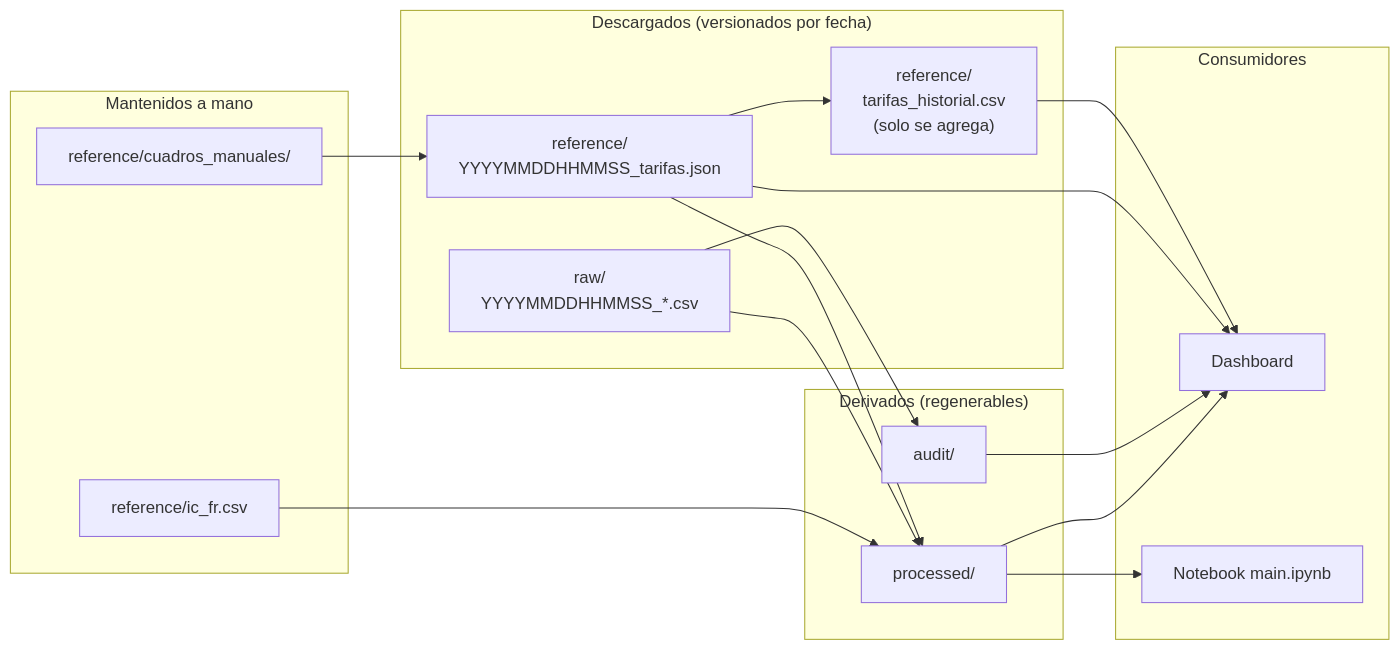
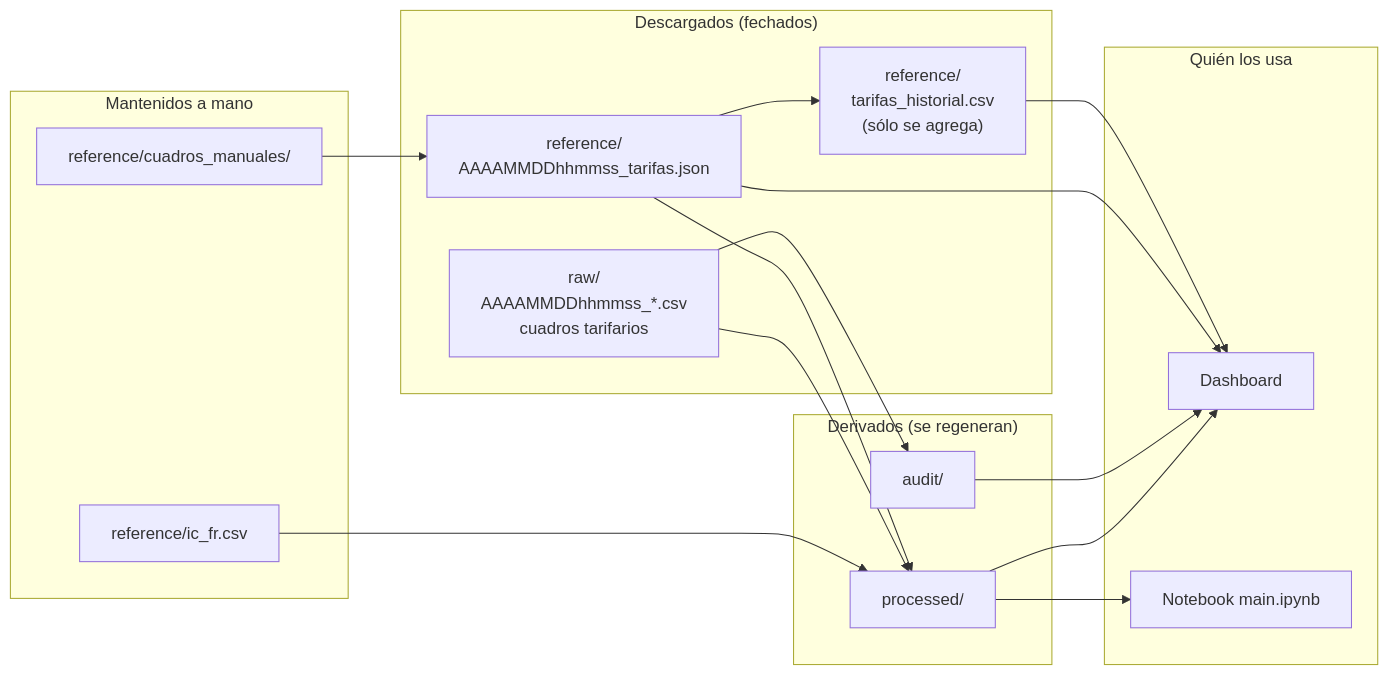
Before and after one commit to marcoeferro/SYNGAS-OPTIMIA-HV: the diagram in docs/04_arquitectura/ciclo_de_vida_de_los_datos.md, drawn with Mermaid. The commit also changed other lines of this file and 4 other files, not shown here.

````diff
--- a/docs/04_arquitectura/ciclo_de_vida_de_los_datos.md
+++ b/docs/04_arquitectura/ciclo_de_vida_de_los_datos.md
@@ -3,32 +6,32 @@
 ```mermaid
 graph LR
-    subgraph Fuente["Descargados (versionados por fecha)"]
-        R["raw/<br/>YYYYMMDDHHMMSS_*.csv"]
-        T["reference/<br/>YYYYMMDDHHMMSS_tarifas.json"]
-        H["reference/<br/>tarifas_historial.csv<br/>(solo se agrega)"]
+    subgraph Fuente["Descargados (fechados)"]
+        R["raw/<br/>AAAAMMDDhhmmss_*.csv<br/>cuadros tarifarios"]
+        T["reference/<br/>AAAAMMDDhhmmss_tarifas.json"]
+        H["reference/<br/>tarifas_historial.csv<br/>(sólo se agrega)"]
     end
     subgraph Manual["Mantenidos a mano"]
         IC["reference/ic_fr.csv"]
         CM["reference/cuadros_manuales/"]
     end
-    subgraph Derivados["Derivados (regenerables)"]
+    subgraph Derivados["Derivados (se regeneran)"]
         P["processed/"]
         A["audit/"]
     end
-    subgraph Consumo["Consumidores"]
+    subgraph Consumo["Quién los usa"]
         D[Dashboard]
         N[Notebook main.ipynb]
     end
 
     R --> P
     IC --> P
     T --> P
     CM --> T
     T --> H
+    R --> A
     P --> D
     A --> D
     T --> D
     H --> D
     P --> N
-    R --> A
 ```
````
